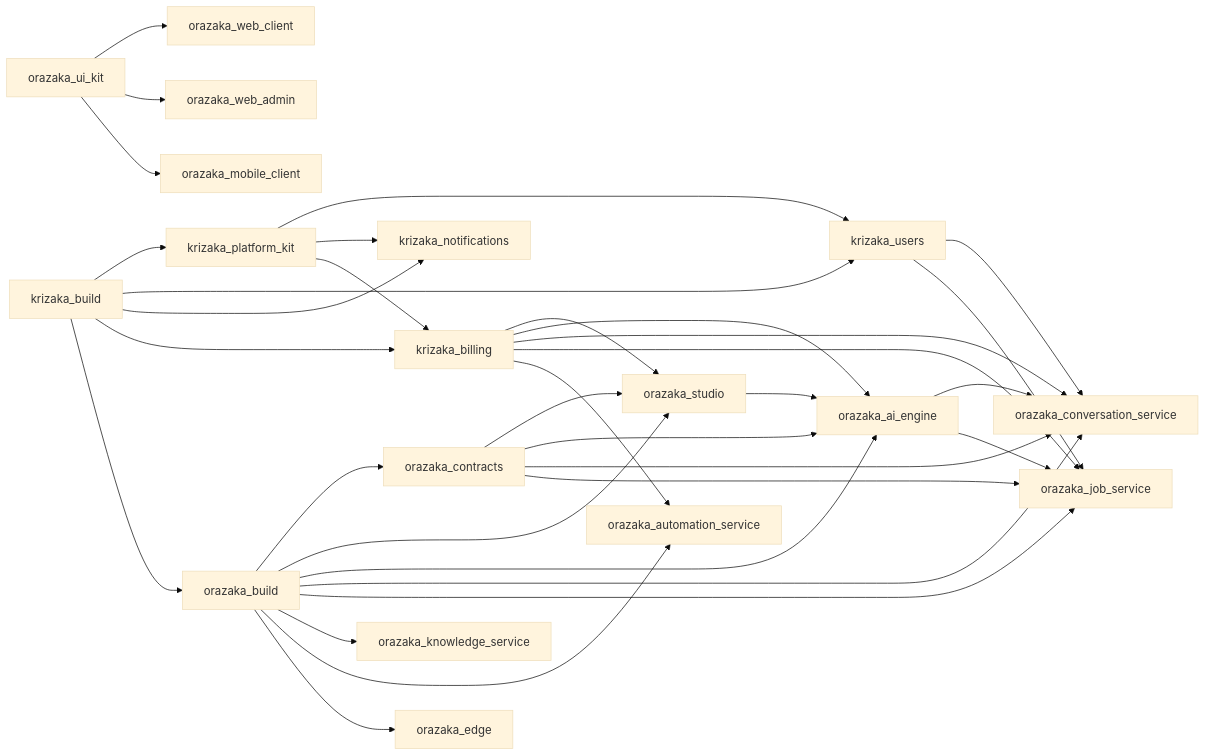
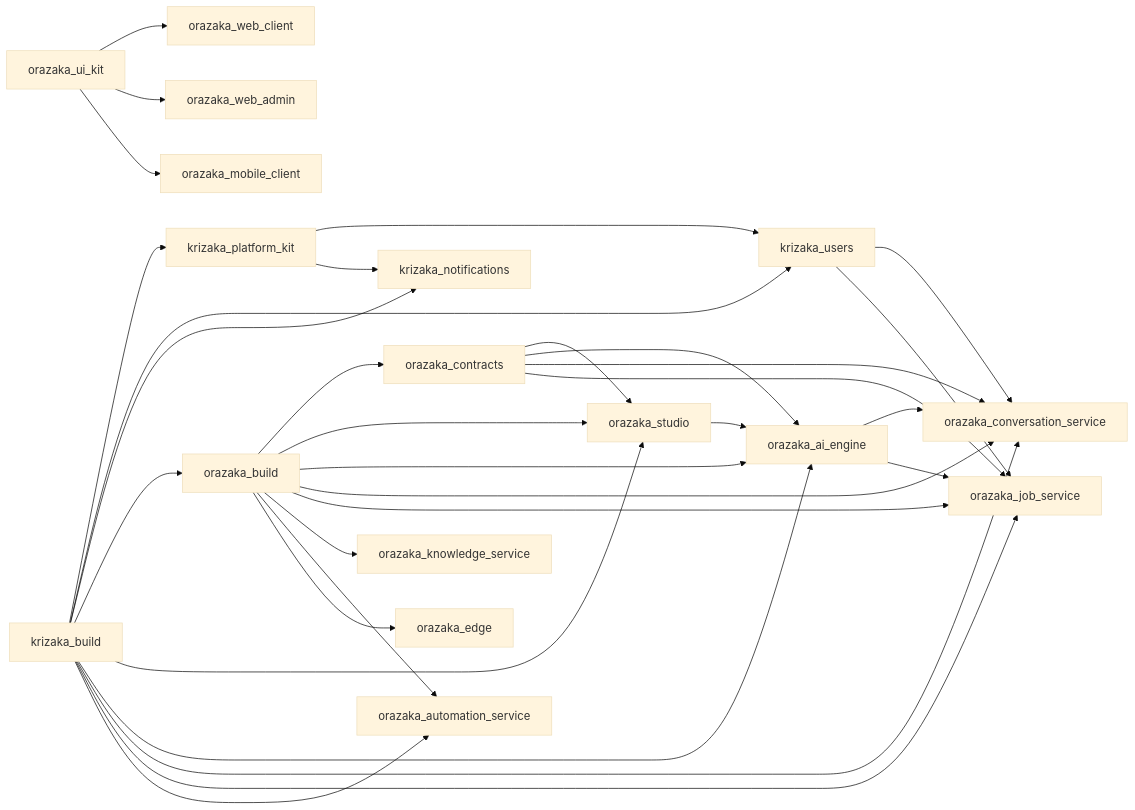
Before and after one commit to krizaka/orazaka: the diagram in README.md, drawn with Mermaid (base theme). The commit also changed other lines of this file and 17 other files, not shown here.

First line of the commit message:
fix(workspace): drop the archived krizaka-billing repository (krizaka-internal#1878) (#581)

````diff
--- a/README.md
+++ b/README.md
@@ -98,36 +97,34 @@
 ```mermaid
 graph LR
   krizaka_build --> krizaka_platform_kit
   krizaka_build --> krizaka_users
   krizaka_platform_kit --> krizaka_users
   krizaka_build --> krizaka_notifications
   krizaka_platform_kit --> krizaka_notifications
-  krizaka_build --> krizaka_billing
-  krizaka_platform_kit --> krizaka_billing
   krizaka_build --> orazaka_build
   orazaka_build --> orazaka_contracts
   orazaka_build --> orazaka_studio
   orazaka_contracts --> orazaka_studio
-  krizaka_billing --> orazaka_studio
+  krizaka_build --> orazaka_studio
   orazaka_build --> orazaka_ai_engine
   orazaka_contracts --> orazaka_ai_engine
-  krizaka_billing --> orazaka_ai_engine
+  krizaka_build --> orazaka_ai_engine
   orazaka_studio --> orazaka_ai_engine
   orazaka_build --> orazaka_conversation_service
   orazaka_contracts --> orazaka_conversation_service
   krizaka_users --> orazaka_conversation_service
-  krizaka_billing --> orazaka_conversation_service
+  krizaka_build --> orazaka_conversation_service
   orazaka_ai_engine --> orazaka_conversation_service
   orazaka_build --> orazaka_job_service
   orazaka_contracts --> orazaka_job_service
   krizaka_users --> orazaka_job_service
-  krizaka_billing --> orazaka_job_service
+  krizaka_build --> orazaka_job_service
   orazaka_ai_engine --> orazaka_job_service
   orazaka_build --> orazaka_knowledge_service
   orazaka_build --> orazaka_automation_service
-  krizaka_billing --> orazaka_automation_service
+  krizaka_build --> orazaka_automation_service
   orazaka_build --> orazaka_edge
   orazaka_ui_kit --> orazaka_web_client
   orazaka_ui_kit --> orazaka_web_admin
   orazaka_ui_kit --> orazaka_mobile_client
 ```
````
